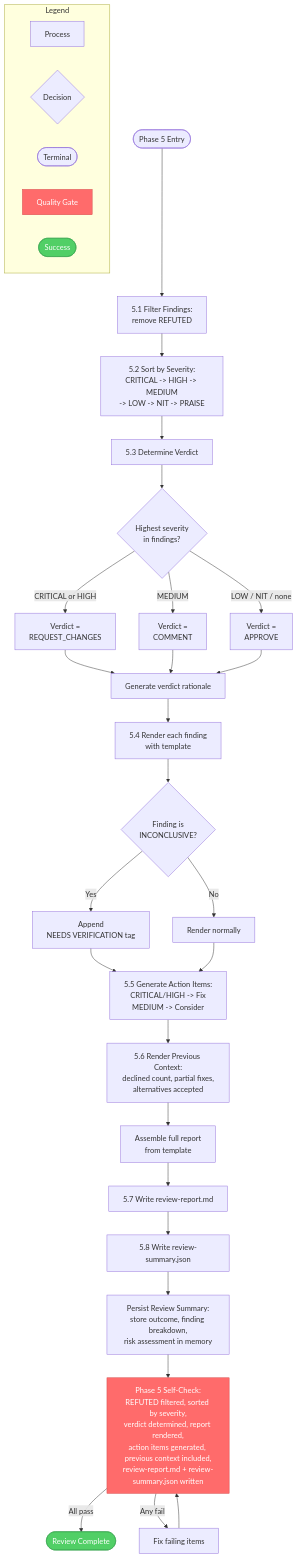
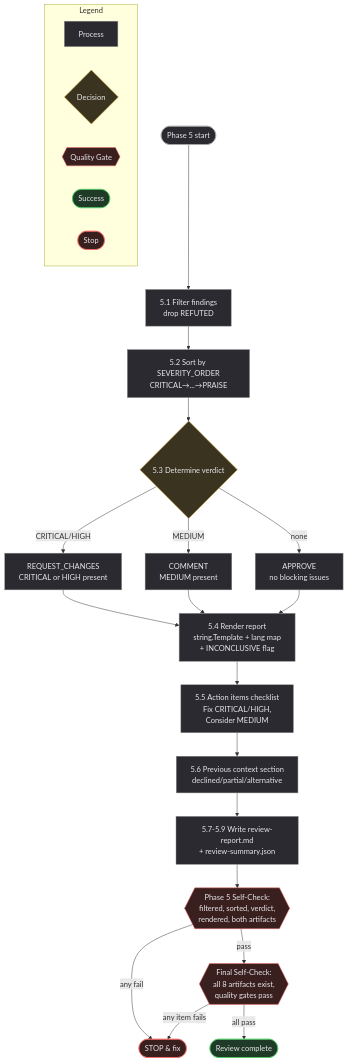
The seventh of 7 diagrams in docs/diagrams/skills/advanced-code-review.md (axiomantic/spellbook), drawn with Mermaid before and after one commit. The commit also changed other lines of this file and 336 other files, not shown here.

````diff
--- a/docs/diagrams/skills/advanced-code-review.md
+++ b/docs/diagrams/skills/advanced-code-review.md
@@ -346,49 +385,46 @@
 ```mermaid
 flowchart TD
-    subgraph Legend
-        L1[Process]
-        L2{Decision}
-        L3([Terminal])
-        L4[Quality Gate]:::gate
-        L5([Success]):::success
+    start([Phase 5 start]):::terminal
+    filter[5.1 Filter findings<br/>drop REFUTED]:::process
+    sort[5.2 Sort by SEVERITY_ORDER<br/>CRITICAL→...→PRAISE]:::process
+    verdict{5.3 Determine verdict}:::decision
+    rc[REQUEST_CHANGES<br/>CRITICAL or HIGH present]:::process
+    comment[COMMENT<br/>MEDIUM present]:::process
+    approve[APPROVE<br/>no blocking issues]:::process
+
+    render[5.4 Render report<br/>string.Template + lang map<br/>+ INCONCLUSIVE flag]:::process
+    actions[5.5 Action items checklist<br/>Fix CRITICAL/HIGH,<br/>Consider MEDIUM]:::process
+    prevctx[5.6 Previous context section<br/>declined/partial/alternative]:::process
+    out[5.7-5.9 Write review-report.md<br/>+ review-summary.json]:::process
+
+    sc{{Phase 5 Self-Check:<br/>filtered, sorted, verdict,<br/>rendered, both artifacts}}:::gate
+    finalsc{{Final Self-Check:<br/>all 8 artifacts exist,<br/>quality gates pass}}:::gate
+    stop([STOP & fix]):::failterm
+    done([Review complete]):::success
+
+    start --> filter --> sort --> verdict
+    verdict -->|CRITICAL/HIGH| rc --> render
+    verdict -->|MEDIUM| comment --> render
+    verdict -->|none| approve --> render
+    render --> actions --> prevctx --> out --> sc
+    sc -->|any fail| stop
+    sc -->|pass| finalsc
+    finalsc -->|any item fails| stop
+    finalsc -->|all pass| done
+
+    subgraph legend [Legend]
+        direction LR
+        l1[Process]:::process
+        l2{Decision}:::decision
+        l3{{Quality Gate}}:::gate
+        l4([Success]):::success
+        l5([Stop]):::failterm
     end
 
-    Start([Phase 5 Entry]) --> Filter[5.1 Filter Findings:<br>remove REFUTED]
-    Filter --> Sort[5.2 Sort by Severity:<br>CRITICAL -> HIGH -> MEDIUM<br>-> LOW -> NIT -> PRAISE]
-    Sort --> Verdict[5.3 Determine Verdict]
-
-    Verdict --> VerdictLogic{Highest severity<br>in findings?}
-    VerdictLogic -->|CRITICAL or HIGH| ReqChanges[Verdict =<br>REQUEST_CHANGES]
-    VerdictLogic -->|MEDIUM| Comment[Verdict =<br>COMMENT]
-    VerdictLogic -->|LOW / NIT / none| Approve[Verdict =<br>APPROVE]
-
-    ReqChanges --> Rationale[Generate verdict rationale]
-    Comment --> Rationale
-    Approve --> Rationale
-
-    Rationale --> RenderFindings[5.4 Render each finding<br>with template]
-    RenderFindings --> InconclusiveTag{Finding is<br>INCONCLUSIVE?}
-    InconclusiveTag -->|Yes| AddFlag[Append<br>NEEDS VERIFICATION tag]
-    InconclusiveTag -->|No| NoFlag[Render normally]
-
-    AddFlag --> ActionItems
-    NoFlag --> ActionItems
-
-    ActionItems[5.5 Generate Action Items:<br>CRITICAL/HIGH -> Fix<br>MEDIUM -> Consider]
-    ActionItems --> PrevContext[5.6 Render Previous Context:<br>declined count, partial fixes,<br>alternatives accepted]
-
-    PrevContext --> RenderReport[Assemble full report<br>from template]
-    RenderReport --> WriteReport[5.7 Write review-report.md]
-    WriteReport --> WriteSummary[5.8 Write review-summary.json]
-
-    WriteSummary --> MemSummary[Persist Review Summary:<br>store outcome, finding breakdown,<br>risk assessment in memory]
-
-    MemSummary --> SelfCheck[Phase 5 Self-Check:<br>REFUTED filtered, sorted by severity,<br>verdict determined, report rendered,<br>action items generated, previous context included,<br>review-report.md + review-summary.json written]:::gate
-
-    SelfCheck -->|All pass| Done([Review Complete]):::success
-    SelfCheck -->|Any fail| FixReport[Fix failing items]
-    FixReport --> SelfCheck
-
-    classDef gate fill:#ff6b6b,stroke:#d44b4b,color:#fff
-    classDef success fill:#51cf66,stroke:#37a34d,color:#fff
+    classDef process fill:#2a2a30,stroke:#888,color:#e8e8ea
+    classDef decision fill:#3a3320,stroke:#d4a72c,color:#e8e8ea
+    classDef gate fill:#3a1f1f,stroke:#ff6b6b,color:#e8e8ea
+    classDef success fill:#1f3a26,stroke:#51cf66,color:#e8e8ea
+    classDef failterm fill:#3a1f1f,stroke:#ff6b6b,color:#e8e8ea
+    classDef terminal fill:#2a2a30,stroke:#aaa,color:#e8e8ea
 ```
````
